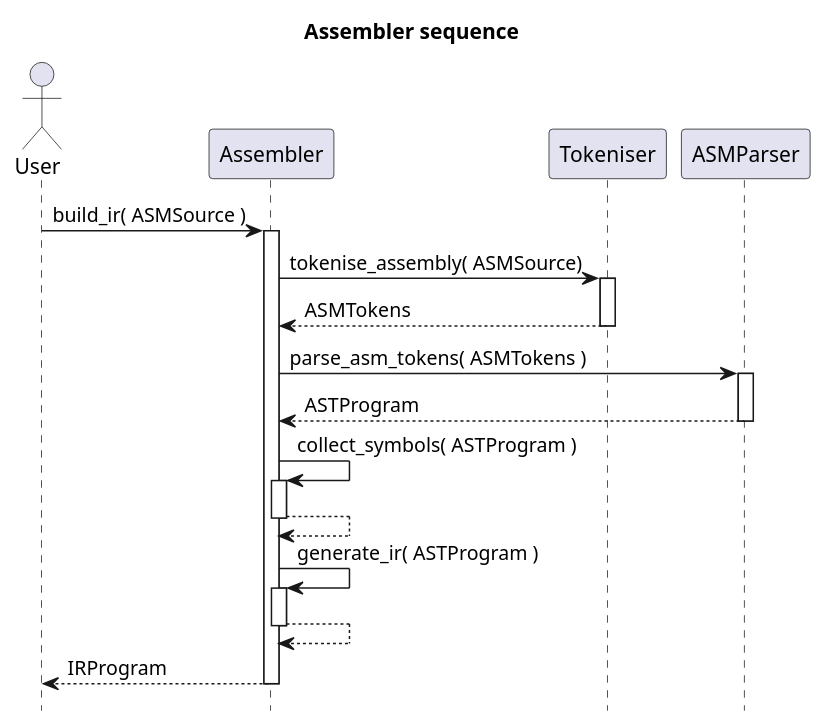
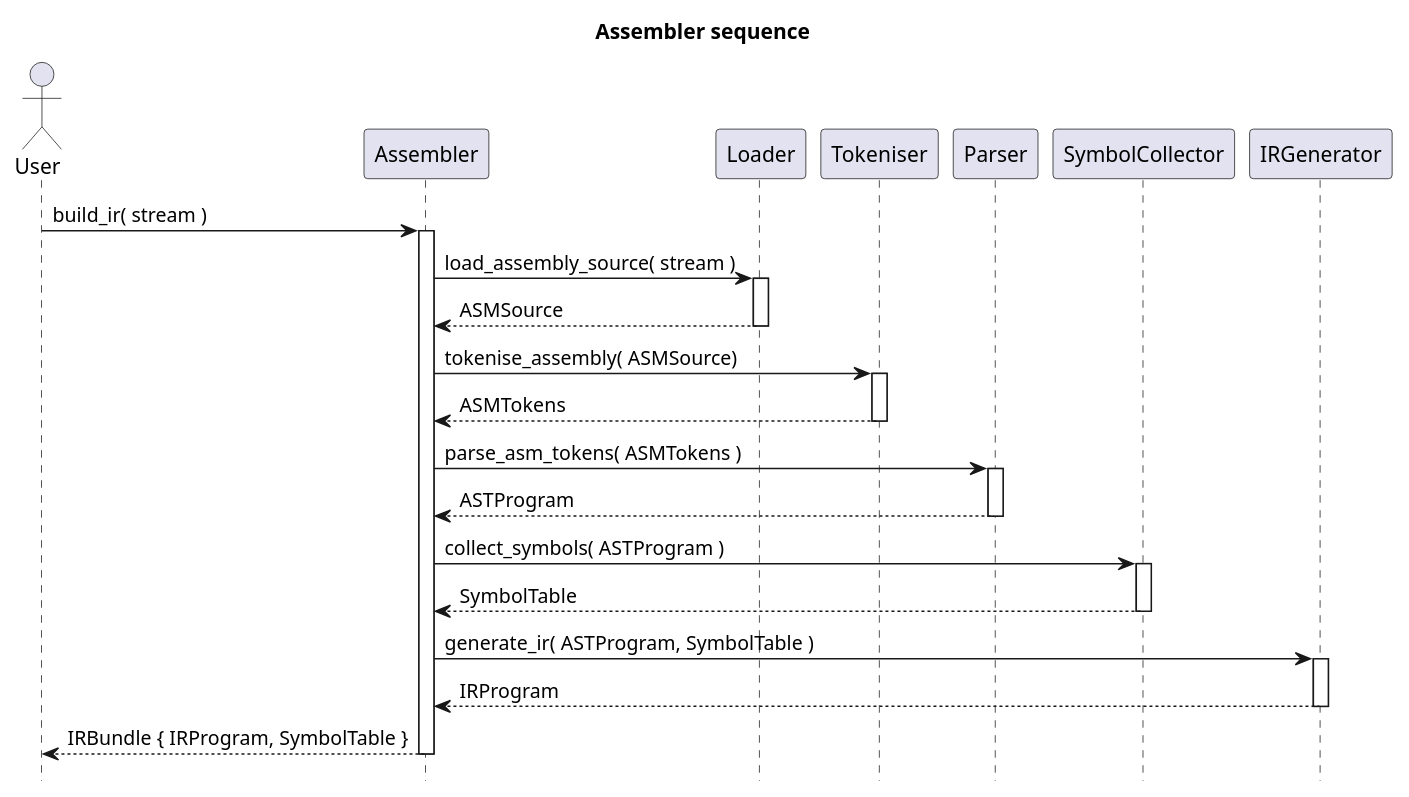
One commit to alwinl/chip8 changed the diagram in chip8ir/doc/assembler.plantuml. Above: the diagram before and after it, drawn with PlantUML.

Commit message:
Documentation update

```diff
--- a/chip8ir/doc/assembler.plantuml
+++ b/chip8ir/doc/assembler.plantuml
@@ -1,27 +1,33 @@
 @startuml assembler
 title Assembler sequence
 
 actor User
 participant Assembler
+participant Loader
 participant Tokeniser
-participant ASMParser
+participant Parser
+participant SymbolCollector
+participant IRGenerator
 
-User -> Assembler ++: build_ir( ASMSource )
+User -> Assembler ++: build_ir( stream )
+
+Assembler -> Loader ++ : load_assembly_source( stream )
+return ASMSource
 
 Assembler -> Tokeniser ++ : tokenise_assembly( ASMSource)
 return ASMTokens
 
-Assembler -> ASMParser ++ : parse_asm_tokens( ASMTokens )
+Assembler -> Parser ++ : parse_asm_tokens( ASMTokens )
 return ASTProgram
 
-Assembler ->Assembler ++ : collect_symbols( ASTProgram )
-return
+Assembler -> SymbolCollector ++ : collect_symbols( ASTProgram )
+return SymbolTable
 
-Assembler -> Assembler ++ : generate_ir( ASTProgram )
-return
+Assembler -> IRGenerator ++ : generate_ir( ASTProgram, SymbolTable )
+return IRProgram
 
-return IRProgram
+return IRBundle { IRProgram, SymbolTable }
 
 hide footbox
 
 @enduml
```
